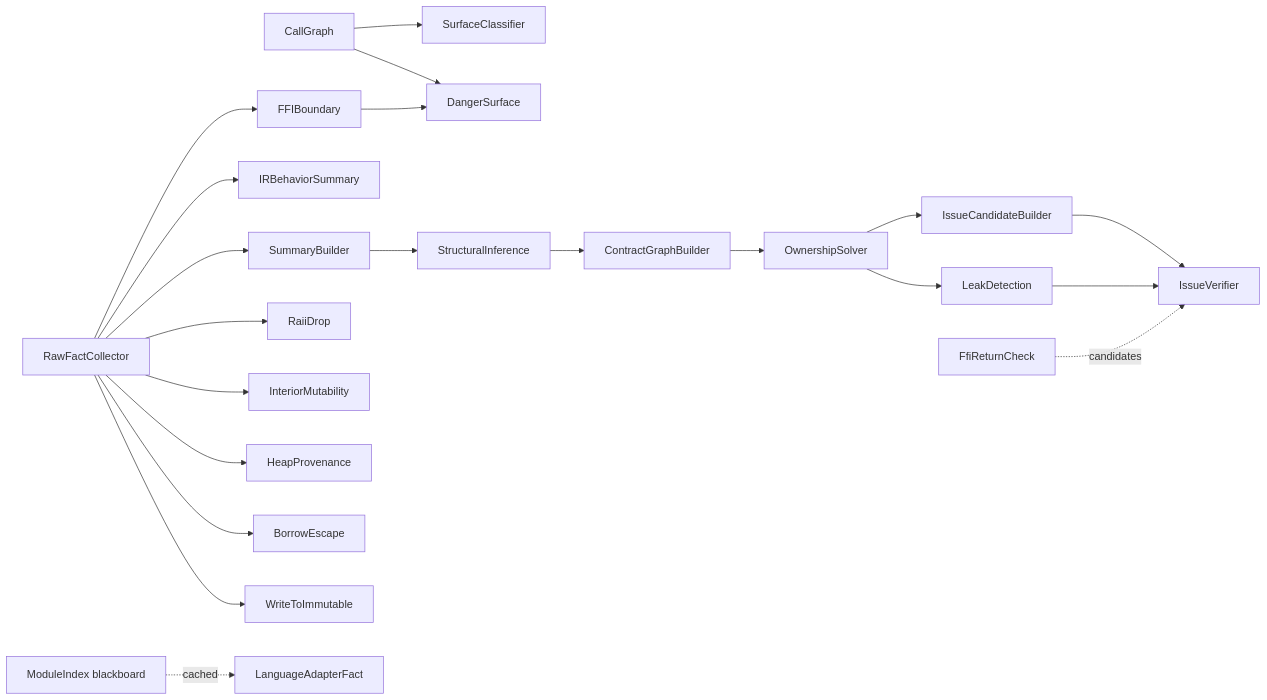
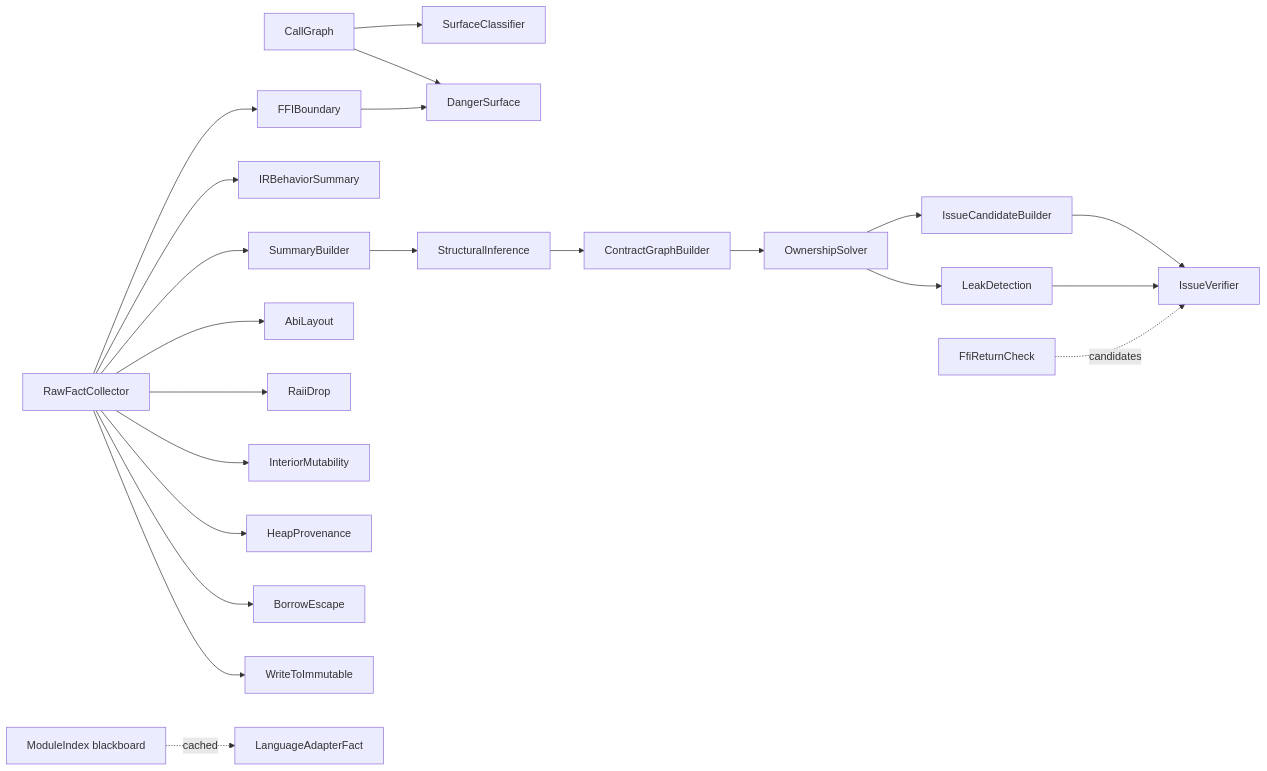
The diagram in docs/en/passes.md (Timwood0x10/OmniScope-rs), drawn with Mermaid before and after one commit. The commit also changed other lines of this file and 35 other files, not shown here.

````diff
--- a/docs/en/passes.md
+++ b/docs/en/passes.md
@@ -202,23 +209,24 @@
 ```mermaid
 graph LR
     CG[CallGraph] --> SC[SurfaceClassifier]
     CG --> DS[DangerSurface]
     RFC[RawFactCollector] --> FB[FFIBoundary]
     FB --> DS
     RFC --> IRB[IRBehaviorSummary]
     RFC --> SB[SummaryBuilder]
+    RFC --> AL[AbiLayout]
     RFC --> RD[RaiiDrop]
     RFC --> IM[InteriorMutability]
     RFC --> HP[HeapProvenance]
     RFC --> BE[BorrowEscape]
     RFC --> WTI[WriteToImmutable]
     SB --> SI[StructuralInference]
     SI --> CGB[ContractGraphBuilder]
     CGB --> OS[OwnershipSolver]
     OS --> ICB[IssueCandidateBuilder]
     OS --> LD[LeakDetection]
     ICB --> IV[IssueVerifier]
     LD --> IV
     FRC[FfiReturnCheck] -.candidates.-> IV
     MI[ModuleIndex blackboard] -.cached.-> LAF[LanguageAdapterFact]
 ```
````
